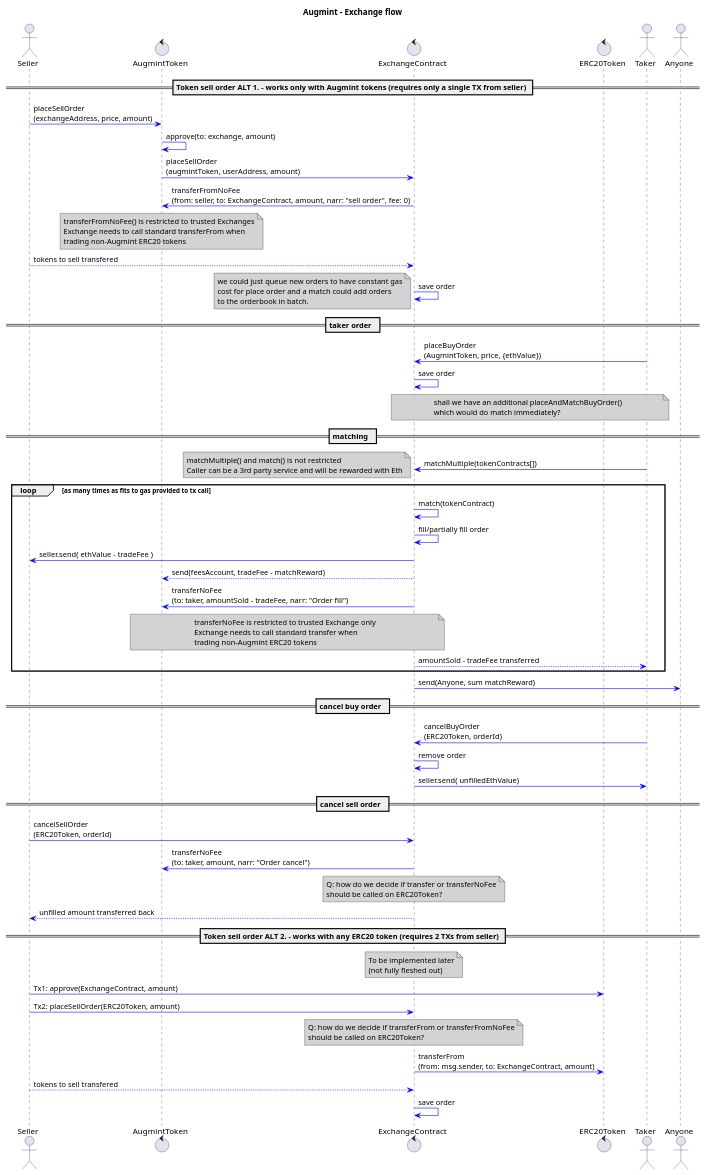
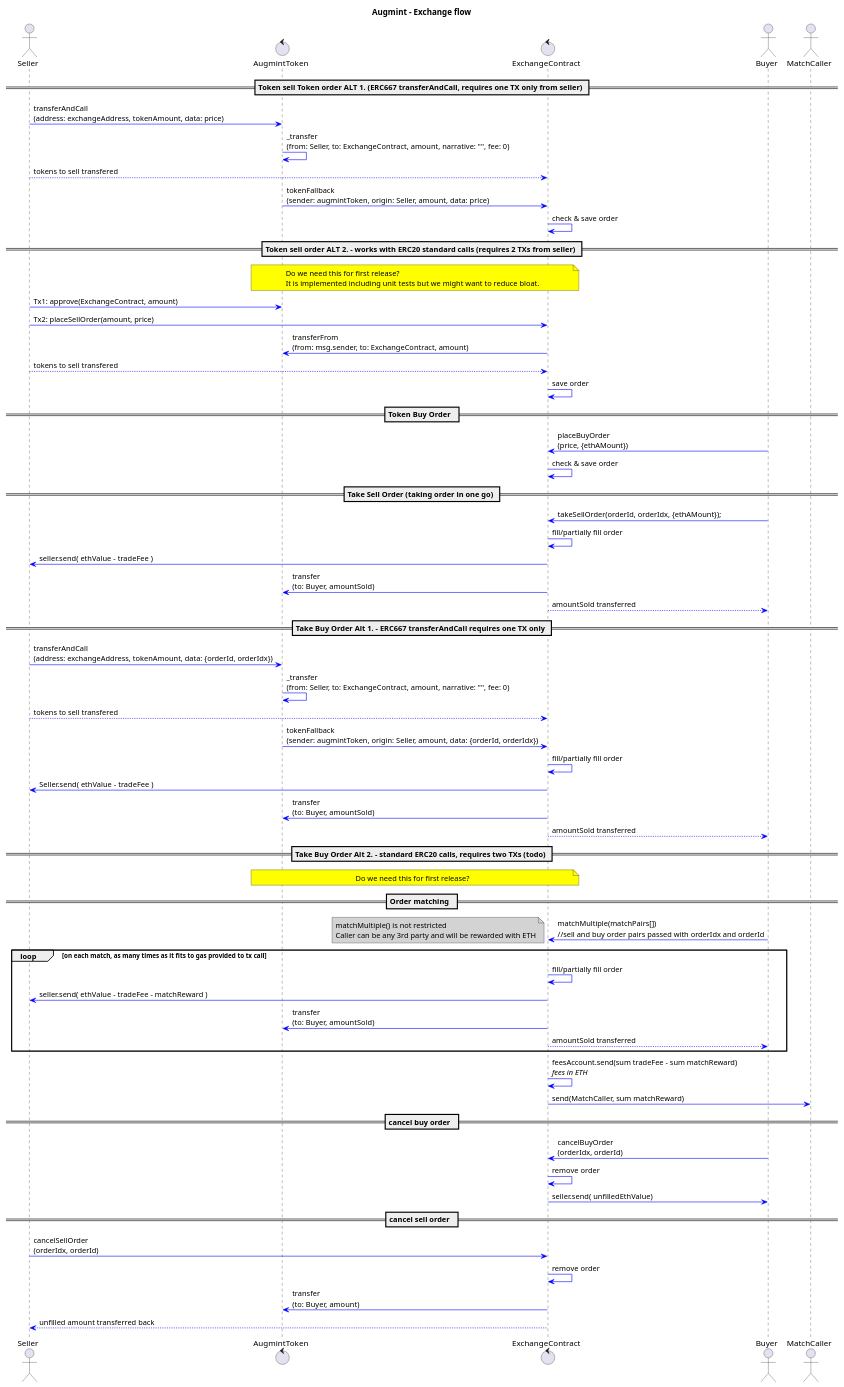
One commit to Augmint/augmint-contracts changed the diagram in docs/exchangeFlow.plantuml. Above: the diagram before and after it, drawn with PlantUML. The commit also changed 1 other file, not shown here.

Commit message:
exchange flow first pass #3

```diff
--- a/docs/exchangeFlow.plantuml
+++ b/docs/exchangeFlow.plantuml
@@ -1,82 +1,81 @@
 @startuml
 title **Augmint** - Exchange flow
 skinparam ArrowColor #blue
 skinparam noteBackgroundColor #lightgrey
 actor Seller
 control AugmintToken
 control ExchangeContract
-control ERC20Token
-actor Taker
-actor Anyone
-== Token sell order ALT 1. - works only with Augmint tokens (requires only a single TX from seller) ==
-Seller -> AugmintToken : placeSellOrder\n(exchangeAddress, price, amount)
-AugmintToken -> AugmintToken : approve(to: exchange, amount)
-AugmintToken -> ExchangeContract : placeSellOrder\n(augmintToken, userAddress, amount)
-ExchangeContract -> AugmintToken : transferFromNoFee\n(from: seller, to: ExchangeContract, amount, narr: "sell order", fee: 0)
-note over AugmintToken
-    transferFromNoFee() is restricted to trusted Exchanges
-    Exchange needs to call standard transferFrom when
-    trading non-Augmint ERC20 tokens
+actor Buyer
+actor MatchCaller
+
+== Token sell Token order ALT 1. (ERC667 transferAndCall, requires one TX only from seller) ==
+Seller -> AugmintToken : transferAndCall\n(address: exchangeAddress, tokenAmount, data: price)
+AugmintToken -> AugmintToken : _transfer\n(from: Seller, to: ExchangeContract, amount, narrative: "", fee: 0)
+Seller --> ExchangeContract : tokens to sell transfered
+AugmintToken -> ExchangeContract : tokenFallback\n(sender: augmintToken, origin: Seller, amount, data: price)
+ExchangeContract -> ExchangeContract : check & save order
+
+== Token sell order ALT 2. - works with ERC20 standard calls (requires 2 TXs from seller) ==
+note over AugmintToken, ExchangeContract #yellow
+    Do we need this for first release?
+    It is implemented including unit tests but we might want to reduce bloat.
 end note
-Seller --> ExchangeContract : tokens to sell transfered
-ExchangeContract -> ExchangeContract : save order
-note left
-    we could just queue new orders to have constant gas
-    cost for place order and a match could add orders
-    to the orderbook in batch.
-end note
-== taker order  ==
-Taker -> ExchangeContract : placeBuyOrder\n(AugmintToken, price, {ethValue})
-ExchangeContract -> ExchangeContract : save order
-note over ExchangeContract, Taker
-    shall we have an additional placeAndMatchBuyOrder()
-    which would do match immediately?
-end note
-== matching  ==
-Taker -> ExchangeContract : matchMultiple(tokenContracts[])
-note left
-    matchMultiple() and match() is not restricted
-    Caller can be a 3rd party service and will be rewarded with Eth
-end note
-loop as many times as fits to gas provided to tx call
-    ExchangeContract -> ExchangeContract : match(tokenContract)
-    ExchangeContract -> ExchangeContract : fill/partially fill order
-    ExchangeContract -> Seller : seller.send( ethValue - tradeFee )
-    ExchangeContract --> AugmintToken : send(feesAccount, tradeFee - matchReward)
-    ExchangeContract -> AugmintToken : transferNoFee\n(to: taker, amountSold - tradeFee, narr: "Order fill")
-    note over AugmintToken, ExchangeContract
-        transferNoFee is restricted to trusted Exchange only
-        Exchange needs to call standard transfer when
-        trading non-Augmint ERC20 tokens
-    end note
-    ExchangeContract --> Taker : amountSold - tradeFee transferred
-end
-ExchangeContract -> Anyone : send(Anyone, sum matchReward)
-== cancel buy order  ==
-Taker -> ExchangeContract : cancelBuyOrder\n(ERC20Token, orderId)
-ExchangeContract -> ExchangeContract : remove order
-ExchangeContract -> Taker : seller.send( unfilledEthValue)
-== cancel sell order  ==
-Seller -> ExchangeContract : cancelSellOrder\n(ERC20Token, orderId)
-ExchangeContract -> AugmintToken : transferNoFee\n(to: taker, amount, narr: "Order cancel")
-note over ExchangeContract
- Q: how do we decide if transfer or transferNoFee
- should be called on ERC20Token?
-end note
-ExchangeContract --> Seller : unfilled amount transferred back
-== Token sell order ALT 2. - works with any ERC20 token (requires 2 TXs from seller) ==
-note over ExchangeContract
-    To be implemented later
-    (not fully fleshed out)
-end note
-Seller -> ERC20Token : Tx1: approve(ExchangeContract, amount)
-Seller -> ExchangeContract : Tx2: placeSellOrder(ERC20Token, amount)
-note over ExchangeContract
- Q: how do we decide if transferFrom or transferFromNoFee
- should be called on ERC20Token?
-end note
-ExchangeContract -> ERC20Token : transferFrom\n(from: msg.sender, to: ExchangeContract, amount)
+Seller -> AugmintToken : Tx1: approve(ExchangeContract, amount)
+Seller -> ExchangeContract : Tx2: placeSellOrder(amount, price)
+ExchangeContract -> AugmintToken : transferFrom\n(from: msg.sender, to: ExchangeContract, amount)
 Seller --> ExchangeContract : tokens to sell transfered
 ExchangeContract -> ExchangeContract : save order
 
+== Token Buy Order  ==
+Buyer -> ExchangeContract : placeBuyOrder\n(price, {ethAMount})
+ExchangeContract -> ExchangeContract : check & save order
+
+== Take Sell Order (taking order in one go) ==
+Buyer -> ExchangeContract : takeSellOrder(orderId, orderIdx, {ethAMount});
+ExchangeContract -> ExchangeContract : fill/partially fill order
+ExchangeContract -> Seller : seller.send( ethValue - tradeFee )
+ExchangeContract -> AugmintToken : transfer\n(to: Buyer, amountSold)
+ExchangeContract --> Buyer : amountSold transferred
+
+== Take Buy Order Alt 1. - ERC667 transferAndCall requires one TX only ==
+Seller -> AugmintToken : transferAndCall\n(address: exchangeAddress, tokenAmount, data: {orderId, orderIdx})
+AugmintToken -> AugmintToken : _transfer\n(from: Seller, to: ExchangeContract, amount, narrative: "", fee: 0)
+Seller --> ExchangeContract : tokens to sell transfered
+AugmintToken -> ExchangeContract : tokenFallback\n(sender: augmintToken, origin: Seller, amount, data: {orderId, orderIdx})
+ExchangeContract -> ExchangeContract : fill/partially fill order
+ExchangeContract -> Seller : Seller.send( ethValue - tradeFee )
+ExchangeContract -> AugmintToken : transfer\n(to: Buyer, amountSold)
+ExchangeContract --> Buyer : amountSold transferred
+
+== Take Buy Order Alt 2. - standard ERC20 calls, requires two TXs (todo) ==
+note over AugmintToken, ExchangeContract #yellow
+    Do we need this for first release?
+end note
+
+== Order matching  ==
+Buyer -> ExchangeContract : matchMultiple(matchPairs[])\n//sell and buy order pairs passed with orderIdx and orderId
+note left
+    matchMultiple() is not restricted
+    Caller can be any 3rd party and will be rewarded with ETH
+end note
+loop on each match, as many times as it fits to gas provided to tx call
+    ExchangeContract -> ExchangeContract : fill/partially fill order
+    ExchangeContract -> Seller : seller.send( ethValue - tradeFee - matchReward )
+    ExchangeContract -> AugmintToken : transfer\n(to: Buyer, amountSold)
+    ExchangeContract --> Buyer : amountSold transferred
+end
+ExchangeContract -> ExchangeContract : feesAccount.send(sum tradeFee - sum matchReward)\n//fees in ETH//
+ExchangeContract -> MatchCaller : send(MatchCaller, sum matchReward)
+
+== cancel buy order  ==
+Buyer -> ExchangeContract : cancelBuyOrder\n(orderIdx, orderId)
+ExchangeContract -> ExchangeContract : remove order
+ExchangeContract -> Buyer : seller.send( unfilledEthValue)
+
+== cancel sell order  ==
+Seller -> ExchangeContract : cancelSellOrder\n(orderIdx, orderId)
+ExchangeContract -> ExchangeContract : remove order
+ExchangeContract -> AugmintToken : transfer\n(to: Buyer, amount)
+ExchangeContract --> Seller : unfilled amount transferred back
+
 @enduml
```
